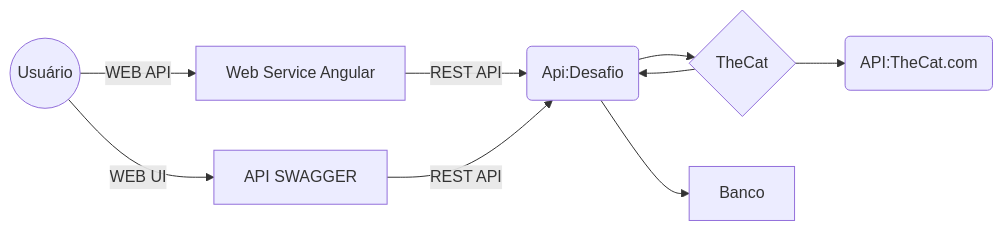
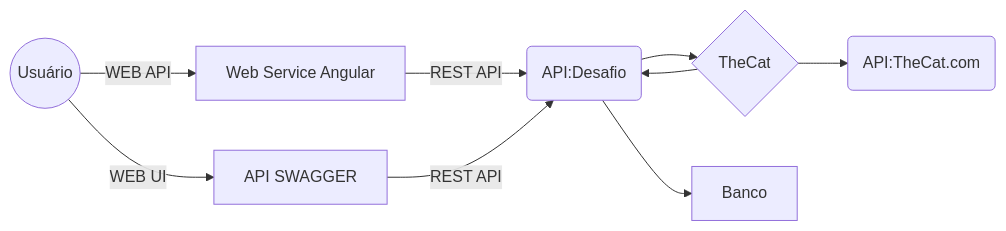
Before and after one commit to peringfc/TheCatAPI_Lib: the diagram in README.md, drawn with Mermaid.

````diff
--- a/README.md
+++ b/README.md
@@ -12,10 +12,10 @@
 ```mermaid
 graph LR
 A((Usuário)) -- WEB API --> B[Web Service Angular]
 A((Usuário)) -- WEB UI --> B1[API SWAGGER]
-B -- REST API --> C(Api:Desafio)
-B1 -- REST API --> C(Api:Desafio)
+B -- REST API --> C(API:Desafio)
+B1 -- REST API --> C(API:Desafio)
 C --> G{TheCat} --> Z(API:TheCat.com)
 G --> C	
 C --> F[Banco]
 ```
````
